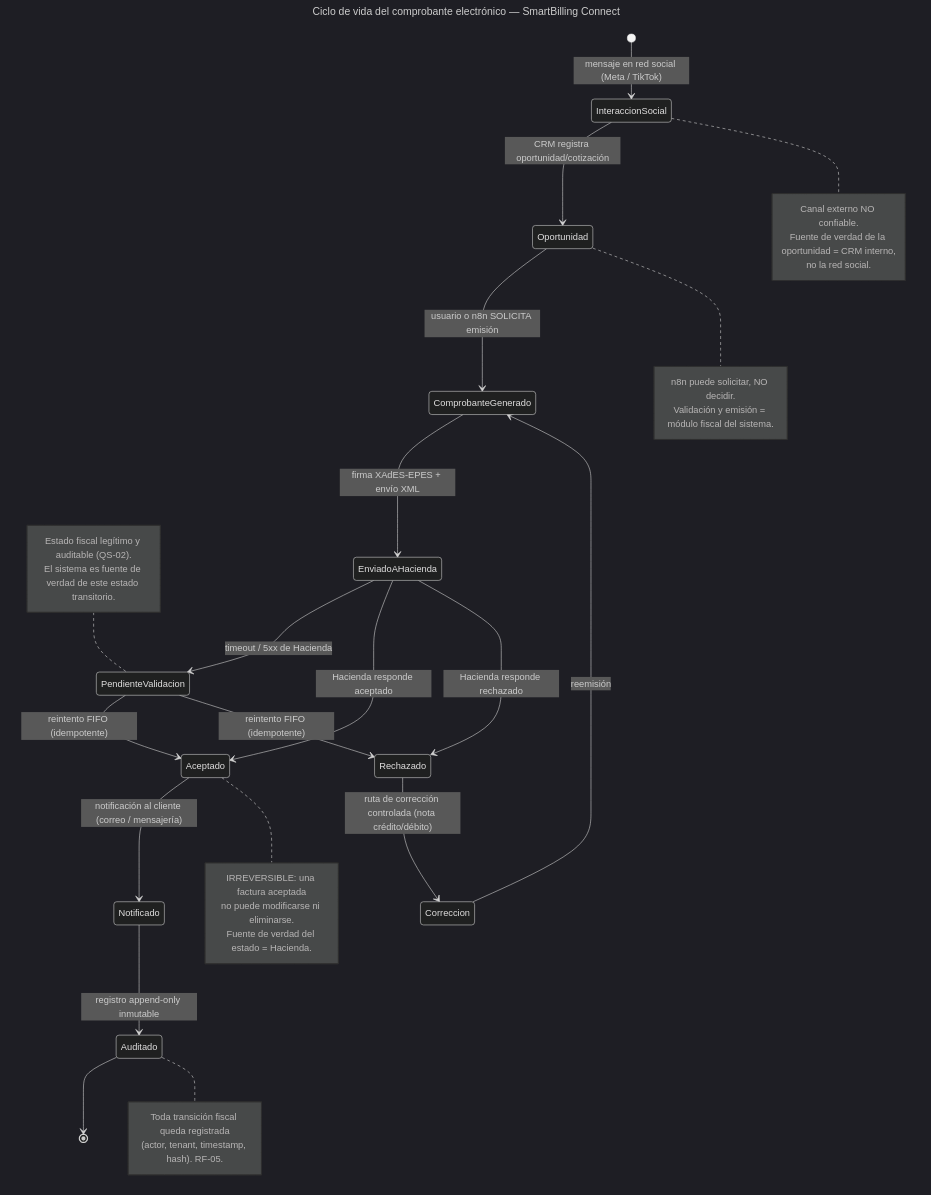
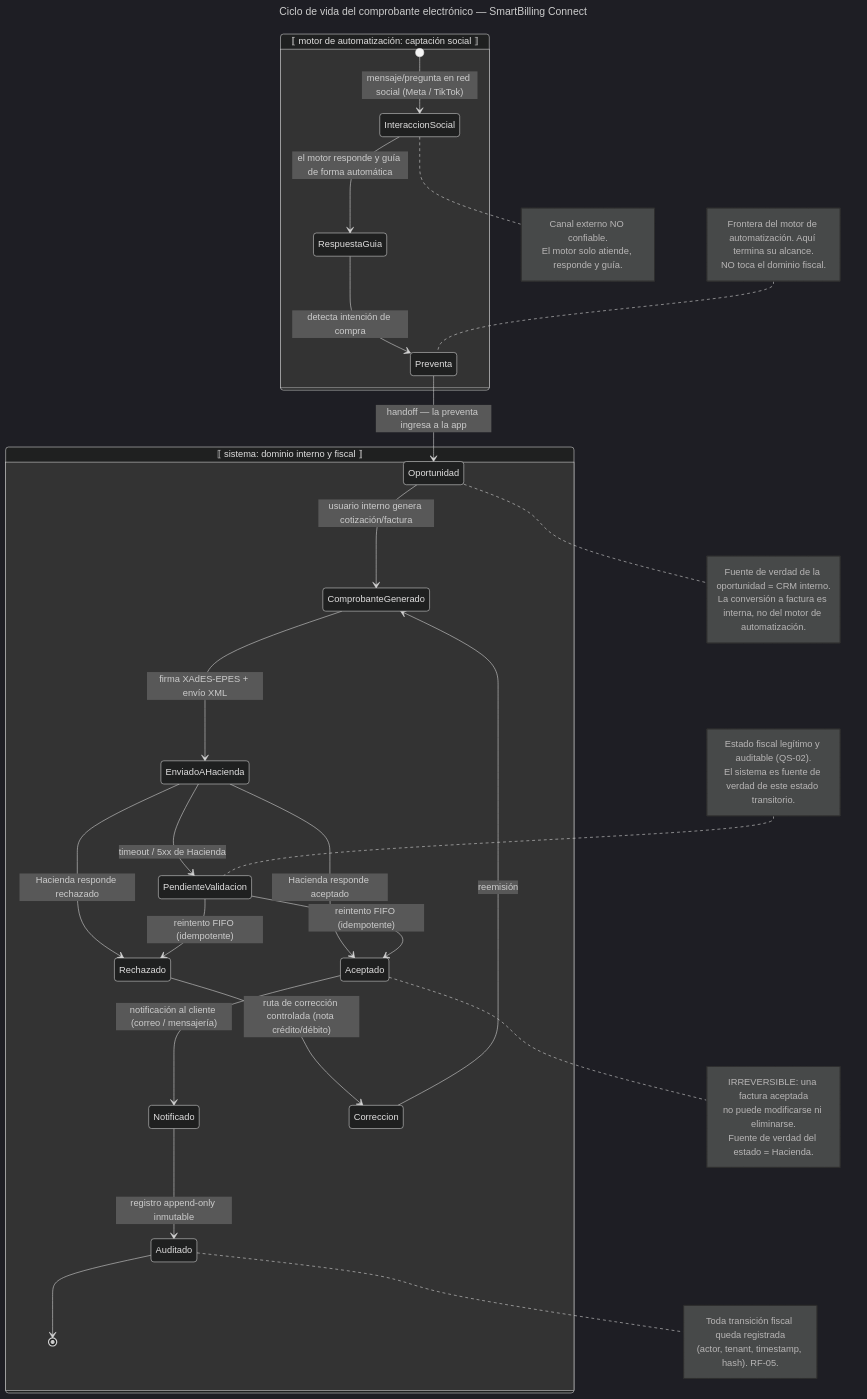
One commit to amoramongeCenfo/PSWE-04-Dise-o-de-Sistemas-de-Software changed the diagram in diagramas/ciclo-vida-factura.mmd. Above: the diagram before and after it, drawn with Mermaid (dark theme). The commit also changed 2 other files, not shown here.

```diff
--- a/diagramas/ciclo-vida-factura.mmd
+++ b/diagramas/ciclo-vida-factura.mmd
@@ -1,46 +1,56 @@
 ---
 title: Ciclo de vida del comprobante electrónico — SmartBilling Connect
 ---
 stateDiagram-v2
-    [*] --> InteraccionSocial: mensaje en red social (Meta / TikTok)
-    InteraccionSocial --> Oportunidad: CRM registra oportunidad/cotización
-    note right of InteraccionSocial
-        Canal externo NO confiable.
-        Fuente de verdad de la oportunidad = CRM interno,
-        no la red social.
+    state "⟦ motor de automatización: captación social ⟧" as SOCIAL {
+        [*] --> InteraccionSocial: mensaje/pregunta en red social (Meta / TikTok)
+        InteraccionSocial --> RespuestaGuia: el motor responde y guía de forma automática
+        RespuestaGuia --> Preventa: detecta intención de compra
+        note right of InteraccionSocial
+            Canal externo NO confiable.
+            El motor solo atiende, responde y guía.
+        end note
+    }
+
+    Preventa --> Oportunidad: handoff — la preventa ingresa a la app
+    note left of Preventa
+        Frontera del motor de automatización. Aquí termina su alcance.
+        NO toca el dominio fiscal.
     end note
 
-    Oportunidad --> ComprobanteGenerado: usuario o n8n SOLICITA emisión
-    note right of Oportunidad
-        n8n puede solicitar, NO decidir.
-        Validación y emisión = módulo fiscal del sistema.
-    end note
+    state "⟦ sistema: dominio interno y fiscal ⟧" as FISCAL {
+        Oportunidad --> ComprobanteGenerado: usuario interno genera cotización/factura
+        note right of Oportunidad
+            Fuente de verdad de la oportunidad = CRM interno.
+            La conversión a factura es interna, no del motor de automatización.
+        end note
 
-    ComprobanteGenerado --> EnviadoAHacienda: firma XAdES-EPES + envío XML
-    EnviadoAHacienda --> PendienteValidacion: timeout / 5xx de Hacienda
-    EnviadoAHacienda --> Aceptado: Hacienda responde aceptado
-    EnviadoAHacienda --> Rechazado: Hacienda responde rechazado
+        ComprobanteGenerado --> EnviadoAHacienda: firma XAdES-EPES + envío XML
+        EnviadoAHacienda --> PendienteValidacion: timeout / 5xx de Hacienda
+        EnviadoAHacienda --> Aceptado: Hacienda responde aceptado
+        EnviadoAHacienda --> Rechazado: Hacienda responde rechazado
 
-    PendienteValidacion --> Aceptado: reintento FIFO (idempotente)
-    PendienteValidacion --> Rechazado: reintento FIFO (idempotente)
-    note left of PendienteValidacion
-        Estado fiscal legítimo y auditable (QS-02).
-        El sistema es fuente de verdad de este estado transitorio.
-    end note
+        PendienteValidacion --> Aceptado: reintento FIFO (idempotente)
+        PendienteValidacion --> Rechazado: reintento FIFO (idempotente)
+        note left of PendienteValidacion
+            Estado fiscal legítimo y auditable (QS-02).
+            El sistema es fuente de verdad de este estado transitorio.
+        end note
 
-    Aceptado --> Notificado: notificación al cliente (correo / mensajería)
-    Rechazado --> Correccion: ruta de corrección controlada (nota crédito/débito)
-    Correccion --> ComprobanteGenerado: reemisión
+        Aceptado --> Notificado: notificación al cliente (correo / mensajería)
+        Rechazado --> Correccion: ruta de corrección controlada (nota crédito/débito)
+        Correccion --> ComprobanteGenerado: reemisión
 
-    Notificado --> Auditado: registro append-only inmutable
-    Auditado --> [*]
+        Notificado --> Auditado: registro append-only inmutable
+        Auditado --> [*]
 
-    note right of Aceptado
-        IRREVERSIBLE: una factura aceptada
-        no puede modificarse ni eliminarse.
-        Fuente de verdad del estado = Hacienda.
-    end note
-    note right of Auditado
-        Toda transición fiscal queda registrada
-        (actor, tenant, timestamp, hash). RF-05.
-    end note
+        note right of Aceptado
+            IRREVERSIBLE: una factura aceptada
+            no puede modificarse ni eliminarse.
+            Fuente de verdad del estado = Hacienda.
+        end note
+        note right of Auditado
+            Toda transición fiscal queda registrada
+            (actor, tenant, timestamp, hash). RF-05.
+        end note
+    }
```
